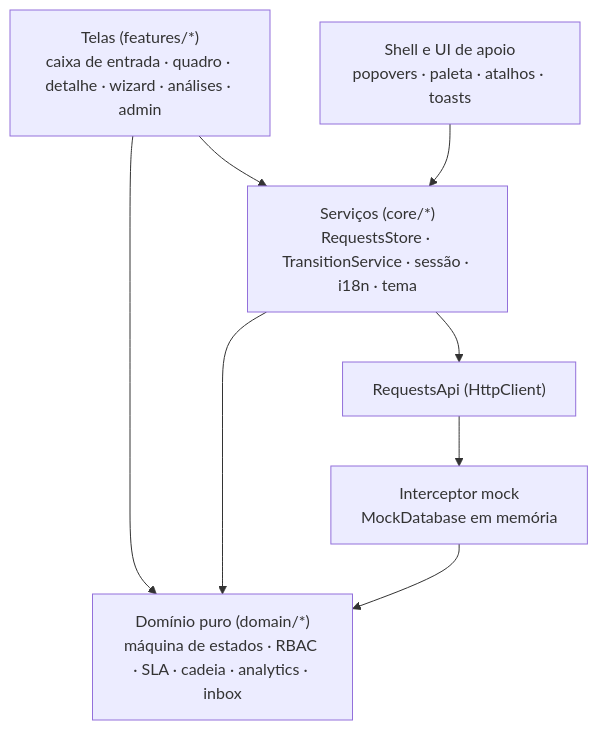
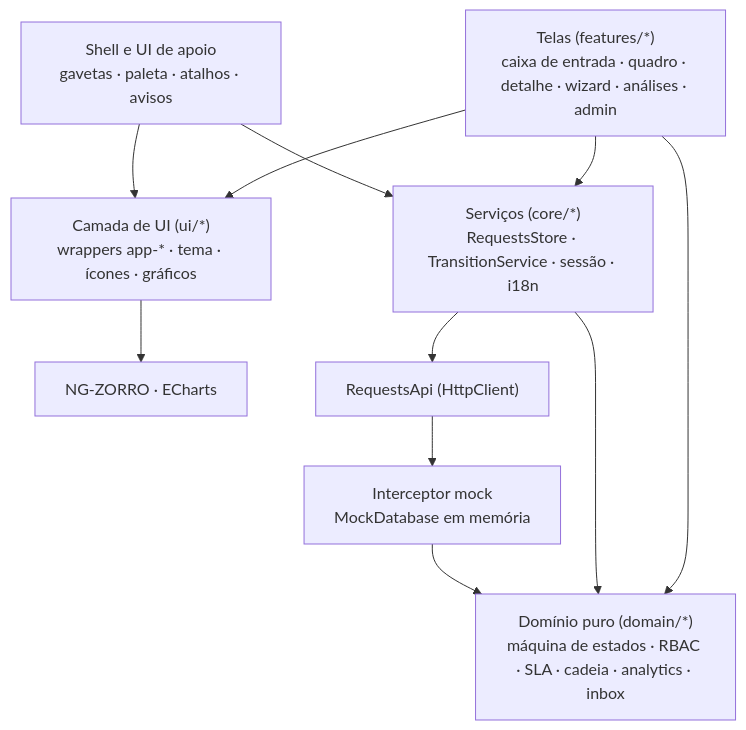
Before and after one commit to NasckDev/opsflow: the first of 2 diagrams in README.md, drawn with Mermaid. The commit also changed other lines of this file and 22 other files, not shown here.

````diff
--- a/README.md
+++ b/README.md
@@ -79,15 +157,19 @@
 ```mermaid
 flowchart TD
-  UI["Telas (features/*)<br/>caixa de entrada · quadro · detalhe · wizard · análises · admin"]
-  SHELL["Shell e UI de apoio<br/>popovers · paleta · atalhos · toasts"]
-  SVC["Serviços (core/*)<br/>RequestsStore · TransitionService · sessão · i18n · tema"]
+  FEAT["Telas (features/*)<br/>caixa de entrada · quadro · detalhe · wizard · análises · admin"]
+  UI["Camada de UI (ui/*)<br/>wrappers app-* · tema · ícones · gráficos"]
+  LIB["NG-ZORRO · ECharts"]
+  SHELL["Shell e UI de apoio<br/>gavetas · paleta · atalhos · avisos"]
+  SVC["Serviços (core/*)<br/>RequestsStore · TransitionService · sessão · i18n"]
   DOM["Domínio puro (domain/*)<br/>máquina de estados · RBAC · SLA · cadeia · analytics · inbox"]
   API["RequestsApi (HttpClient)"]
   MOCK["Interceptor mock<br/>MockDatabase em memória"]
-  UI --> SVC
+  FEAT --> UI --> LIB
+  SHELL --> UI
+  FEAT --> SVC
   SHELL --> SVC
-  UI --> DOM
+  FEAT --> DOM
   SVC --> DOM
   SVC --> API --> MOCK
   MOCK --> DOM
 ```
````
